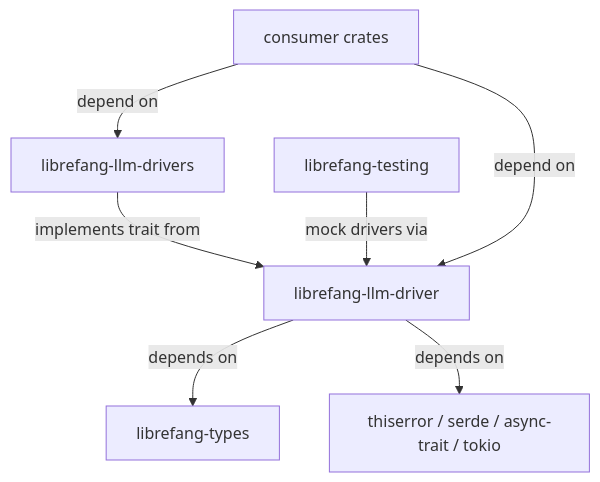
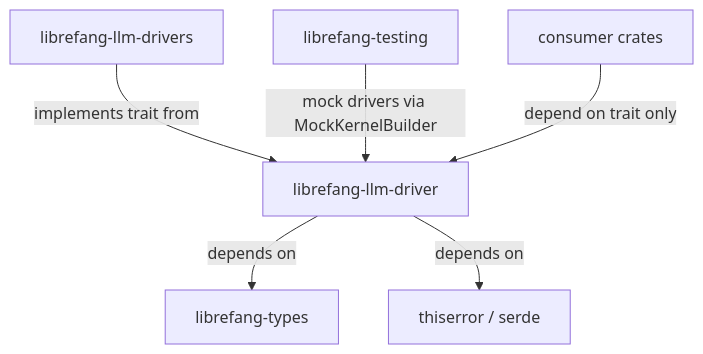
One commit to leszek3737/librefang-WIki changed the diagram in other-librefang-llm-driver.md. Above: the diagram before and after it, drawn with Mermaid. The commit also changed other lines of this file and 70 other files, not shown here.

````diff
--- a/other-librefang-llm-driver.md
+++ b/other-librefang-llm-driver.md
@@ -9,9 +9,8 @@
 ```mermaid
 graph TD
     A[librefang-llm-driver] -->|depends on| B[librefang-types]
-    A -->|depends on| C[thiserror / serde / async-trait / tokio]
+    A -->|depends on| C[thiserror / serde]
     D[librefang-llm-drivers] -->|implements trait from| A
-    E[librefang-testing] -->|mock drivers via| A
-    F[consumer crates] -->|depend on| A
-    F -->|depend on| D
+    E[librefang-testing] -->|mock drivers via MockKernelBuilder| A
+    F[consumer crates] -->|depend on trait only| A
 ```
````
